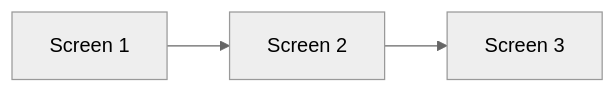
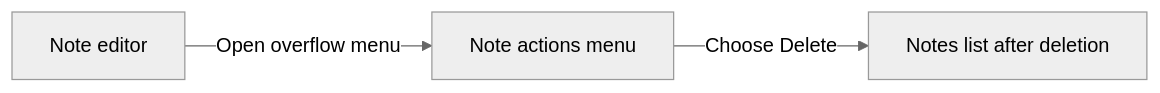
Before and after one commit to Dev-Corgi/Notes-Clone: the diagram in docs/apple-notes/flows/deleting-a-note/README.md, drawn with Mermaid (neutral theme). The commit also changed other lines of this file and 1 other file, not shown here.

Commit message:
docs: document creating and deleting note flows

````diff
--- a/docs/apple-notes/flows/deleting-a-note/README.md
+++ b/docs/apple-notes/flows/deleting-a-note/README.md
@@ -10,8 +11,5 @@
 ```mermaid
 flowchart LR
-  S1[Screen 1]
-  S2[Screen 2]
-  S3[Screen 3]
-  S1 --> S2
-  S2 --> S3
+  A[Note editor] -->|Open overflow menu| B[Note actions menu]
+  B -->|Choose Delete| C[Notes list after deletion]
 ```
````
